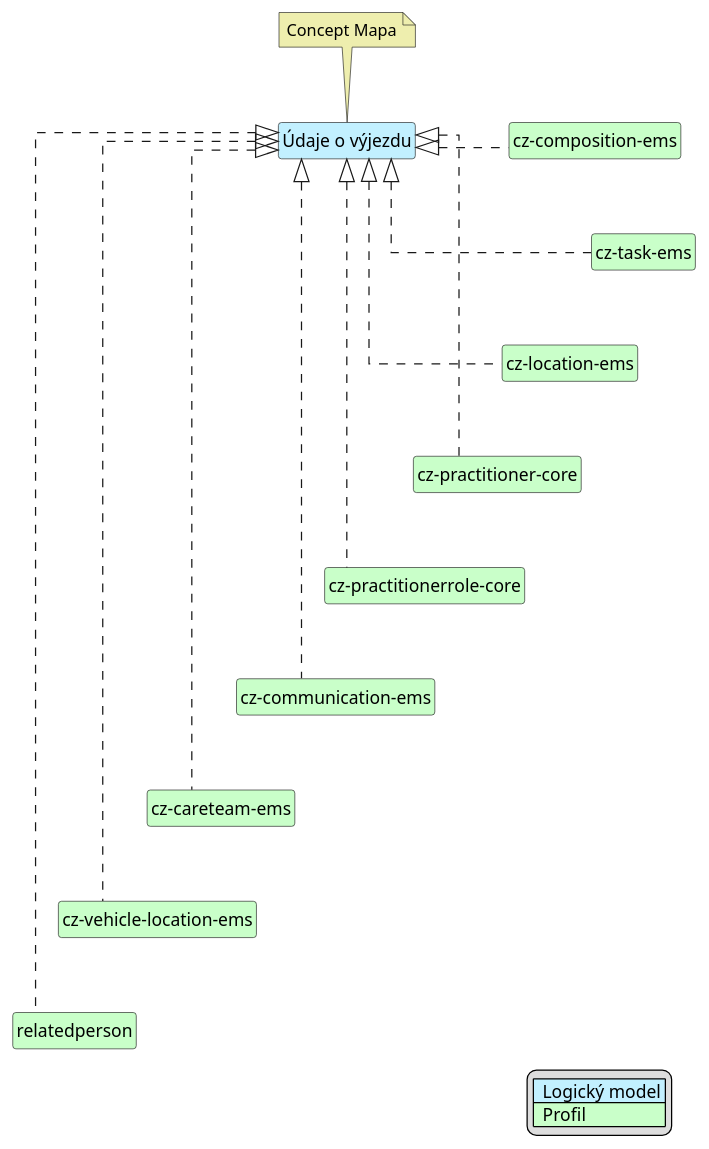
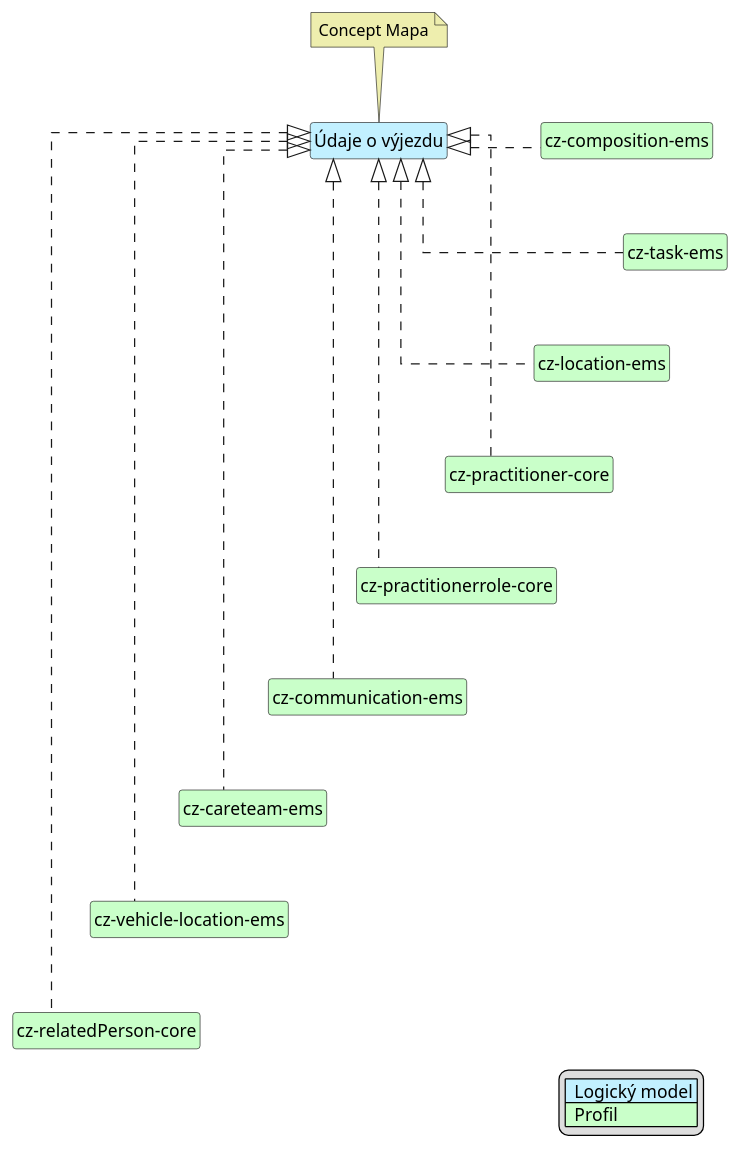
One commit to HL7-cz/cz-ems changed the diagram in input/images-source/emsDispatchData-map-cs.plantuml. Above: the diagram before and after it, drawn with PlantUML. The commit also changed 8 other files, not shown here.

```diff
--- a/input/images-source/emsDispatchData-map-cs.plantuml
+++ b/input/images-source/emsDispatchData-map-cs.plantuml
@@ -1,50 +1,50 @@
 @startuml
 hide circle
 hide stereotype
 hide members
 hide methods
 skinparam linetype ortho
 skinparam class {
 BackgroundColor<<LogicalModel>> #APPLICATION
 BackgroundColor<<Profile>> #TECHNOLOGY
 }
 legend right
 | <#APPLICATION>  Logický model |
 | <#TECHNOLOGY>  Profil |
 endlegend
 
 class "Údaje o výjezdu" <<LogicalModel>> [[StructureDefinition-LogDispatchDataCz.html]]
 note top #EEEEAE [[ConceptMap-DispatchDataEMS2FHIR-cz.html]]
 Concept Mapa
 endnote
 
 class "cz-composition-ems" <<Profile>> [[StructureDefinition-cz-composition-ems.html]]
 class "cz-task-ems" <<Profile>> [[StructureDefinition-cz-task-ems.html]]
 class "cz-vehicle-location-ems" <<Profile>> [[StructureDefinition-cz-vehicle-location-ems.html]]
 class "cz-location-ems" <<Profile>> [[StructureDefinition-cz-location-ems.html]]
 class "cz-careteam-ems" <<Profile>> [[StructureDefinition-cz-careteam-ems.html]]
 class "cz-practitioner-core" <<Profile>> [[https://build.fhir.org/ig/HL7-cz/cz-core/StructureDefinition-cz-practitioner-core.html]]
 class "cz-practitionerrole-core" <<Profile>> [[https://build.fhir.org/ig/HL7-cz/cz-core/StructureDefinition-cz-practitionerrole-core.html]]
 class "cz-communication-ems" <<Profile>> [[StructureDefinition-cz-communication-ems.html]]
-class "relatedperson" <<Profile>> [[https://hl7.org/fhir/R4/relatedperson.html]]
+class "cz-relatedPerson-core" <<Profile>> [[https://hl7.cz/fhir/core/StructureDefinition/cz-relatedPerson-core.html]]
 
 "Údaje o výjezdu" <|. "cz-composition-ems"
 "Údaje o výjezdu" <|. "cz-task-ems"
 "Údaje o výjezdu" <|. "cz-location-ems"
 "Údaje o výjezdu" <|. "cz-careteam-ems"
 "Údaje o výjezdu" <|. "cz-practitioner-core"
 "Údaje o výjezdu" <|. "cz-practitionerrole-core"
 "Údaje o výjezdu" <|. "cz-communication-ems"
 "Údaje o výjezdu" <|. "cz-vehicle-location-ems"
-"Údaje o výjezdu" <|. "relatedperson"
+"Údaje o výjezdu" <|. "cz-relatedPerson-core"
 
 "cz-composition-ems" -d[hidden]-> "cz-task-ems"
 "cz-task-ems" -d[hidden]-> "cz-location-ems"
 "cz-location-ems" -d[hidden]-> "cz-practitioner-core"
 "cz-practitioner-core" -d[hidden]-> "cz-practitionerrole-core"
 "cz-practitionerrole-core" -d[hidden]-> "cz-communication-ems"
 "cz-communication-ems" -d[hidden]-> "cz-careteam-ems"
 "cz-careteam-ems" -d[hidden]-> "cz-vehicle-location-ems"
-"cz-vehicle-location-ems" -d[hidden]-> "relatedperson"
+"cz-vehicle-location-ems" -d[hidden]-> "cz-relatedPerson-core"
 
 @enduml
```
